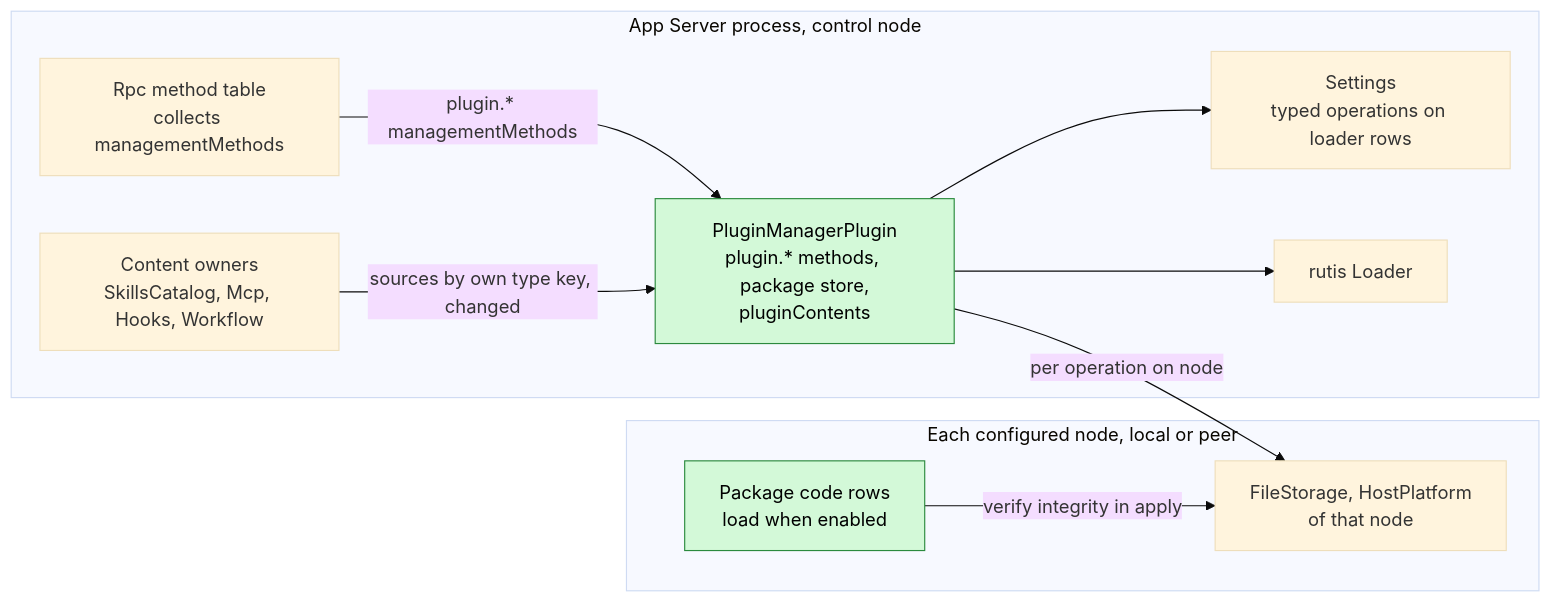
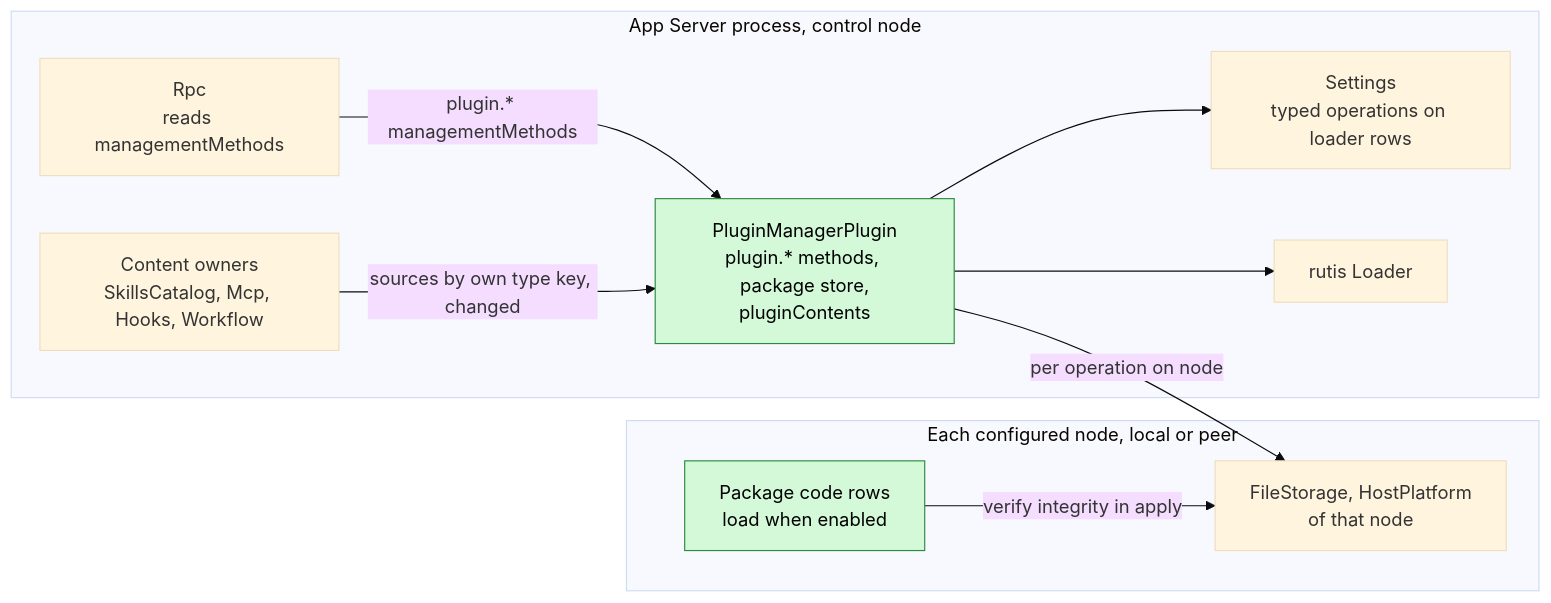
The first of 6 diagrams in docs/design/plugins/PluginManager.md (CoutinhoTTS/dim-agent), drawn with Mermaid (base theme) before and after one commit. The commit also changed other lines of this file and 163 other files, not shown here.

````diff
--- a/docs/design/plugins/PluginManager.md
+++ b/docs/design/plugins/PluginManager.md
@@ -13,21 +13,21 @@
 ```mermaid
 flowchart LR
   subgraph CN["App Server process, control node"]
     PM["PluginManagerPlugin<br/>plugin.* methods, package store,<br/>pluginContents"]:::new
     SET["Settings<br/>typed operations on loader rows"]
     LOADER["rutis Loader"]
-    RPC["Rpc method table<br/>collects managementMethods"]
+    RPC["Rpc<br/>reads managementMethods"]
     CONS["Content owners<br/>SkillsCatalog, Mcp, Hooks, Workflow"]
   end
   subgraph NODE["Each configured node, local or peer"]
     SVC["FileStorage, HostPlatform<br/>of that node"]
     CODE["Package code rows<br/>load when enabled"]:::new
   end
   PM --> SET
   PM --> LOADER
   PM -->|"per operation on node"| SVC
   RPC -->|"plugin.* managementMethods"| PM
   CONS -->|"sources by own type key, changed"| PM
   CODE -->|"verify integrity in apply"| SVC
   classDef new fill:#d3f9d8,stroke:#2b8a3e,color:#000
 ```
````
